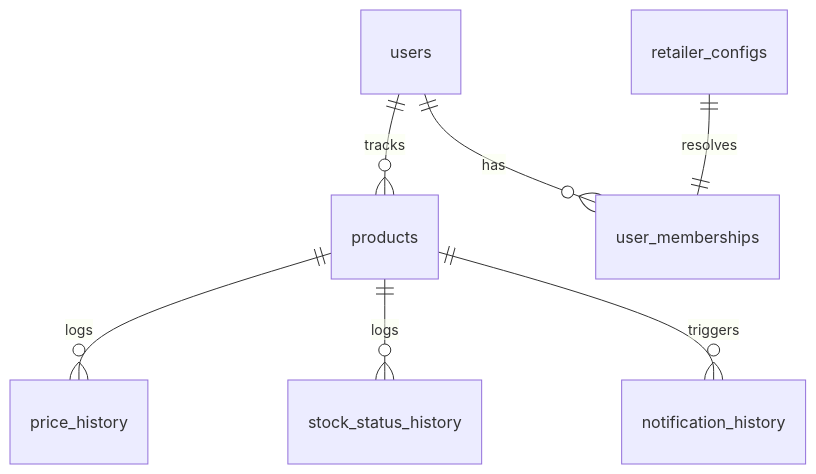
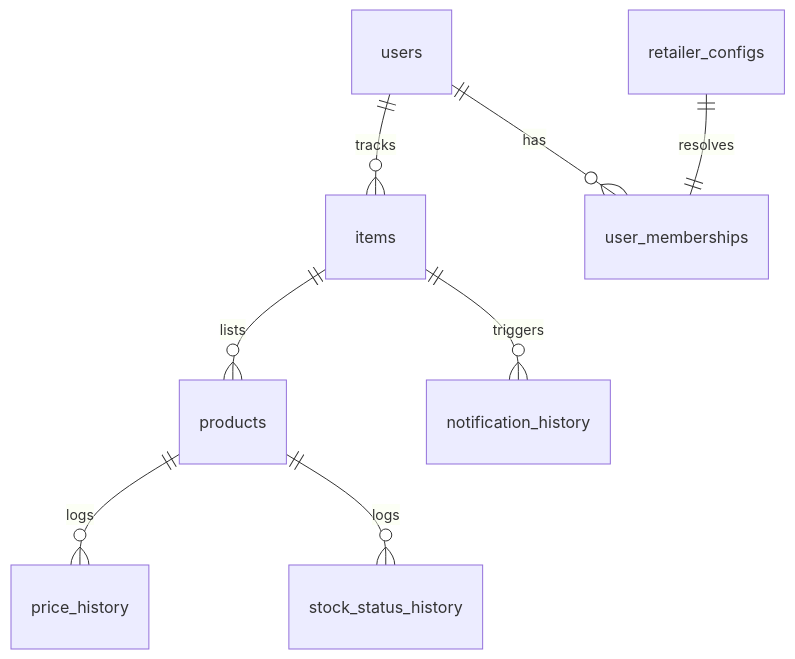
The diagram in docs/developer/DATABASE.md (mikeknight85/PriceStalker), drawn with Mermaid before and after one commit. The commit also changed 14 other files, not shown here.

Commit message:
docs(scraper): synchronize lifecycle documentation, version history, and diagrams

````diff
--- a/docs/developer/DATABASE.md
+++ b/docs/developer/DATABASE.md
@@ -14,9 +14,10 @@
 ```mermaid
 erDiagram
- users ||--o{ products : tracks
+ users ||--o{ items : tracks
  users ||--o{ user_memberships : has
+ items ||--o{ products : lists
+ items ||--o{ notification_history : triggers
  products ||--o{ price_history : logs
  products ||--o{ stock_status_history : logs
- products ||--o{ notification_history : triggers
  retailer_configs ||--|| user_memberships : resolves
 ```
````
